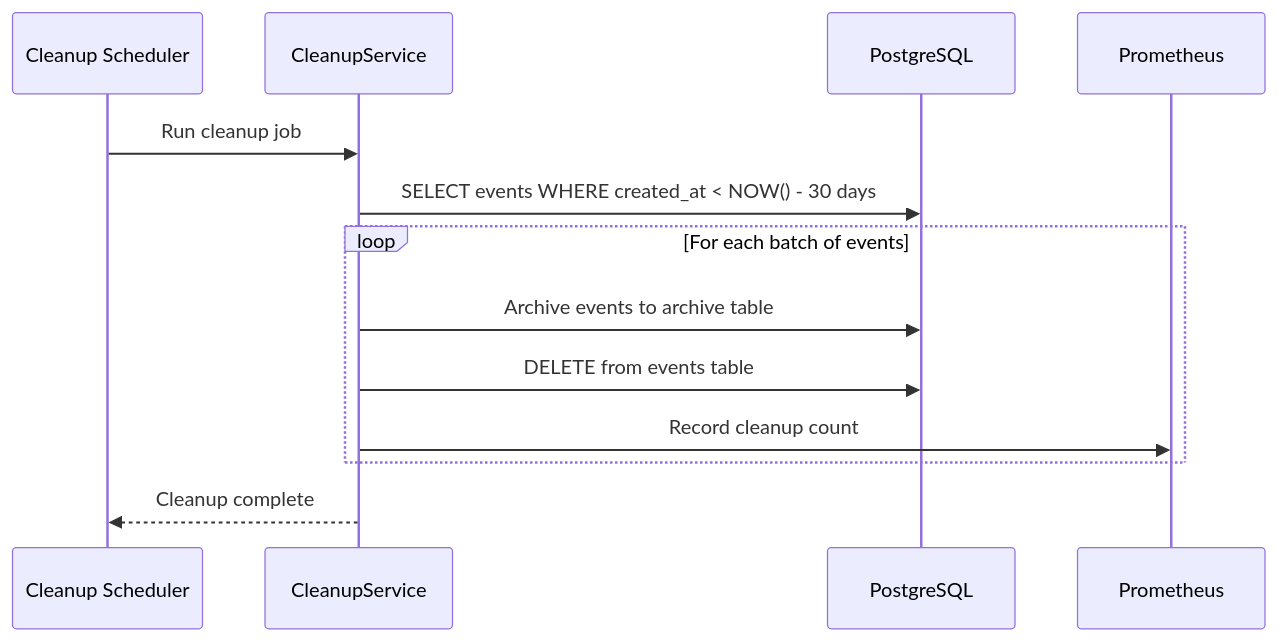
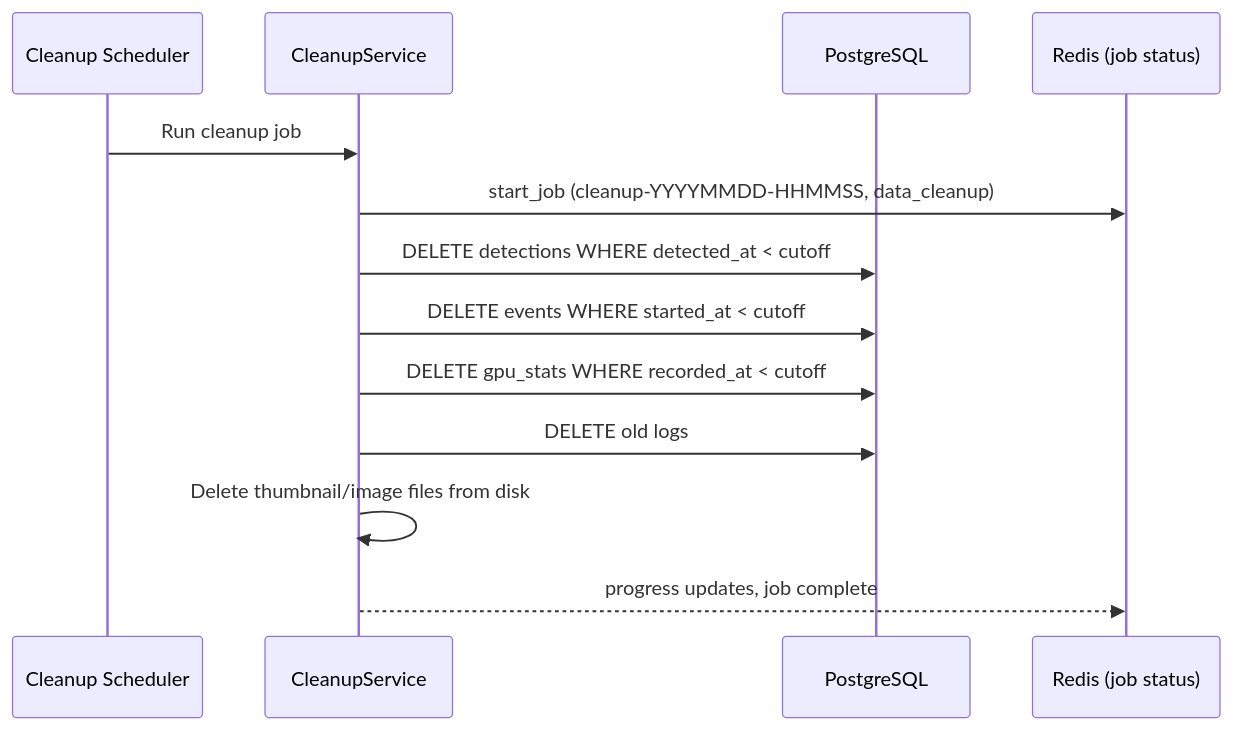
The fourth of 4 diagrams in docs/architecture/dataflows/event-lifecycle.md (mikesvoboda/nemotron-v3-home-security-intelligence), drawn with Mermaid before and after one commit. The commit also changed other lines of this file and 313 other files, not shown here.

````diff
--- a/docs/architecture/dataflows/event-lifecycle.md
+++ b/docs/architecture/dataflows/event-lifecycle.md
@@ -254,16 +260,16 @@
 ```mermaid
 sequenceDiagram
     participant Scheduler as Cleanup Scheduler
     participant CS as CleanupService
     participant DB as PostgreSQL
-    participant Metrics as Prometheus
+    participant RS as Redis (job status)
 
     Scheduler->>CS: Run cleanup job
-    CS->>DB: SELECT events WHERE created_at < NOW() - 30 days
-    loop For each batch of events
-        CS->>DB: Archive events to archive table
-        CS->>DB: DELETE from events table
-        CS->>Metrics: Record cleanup count
-    end
-    CS-->>Scheduler: Cleanup complete
+    CS->>RS: start_job (cleanup-YYYYMMDD-HHMMSS, data_cleanup)
+    CS->>DB: DELETE detections WHERE detected_at < cutoff
+    CS->>DB: DELETE events WHERE started_at < cutoff
+    CS->>DB: DELETE gpu_stats WHERE recorded_at < cutoff
+    CS->>DB: DELETE old logs
+    CS->>CS: Delete thumbnail/image files from disk
+    CS-->>RS: progress updates, job complete
 ```
````
